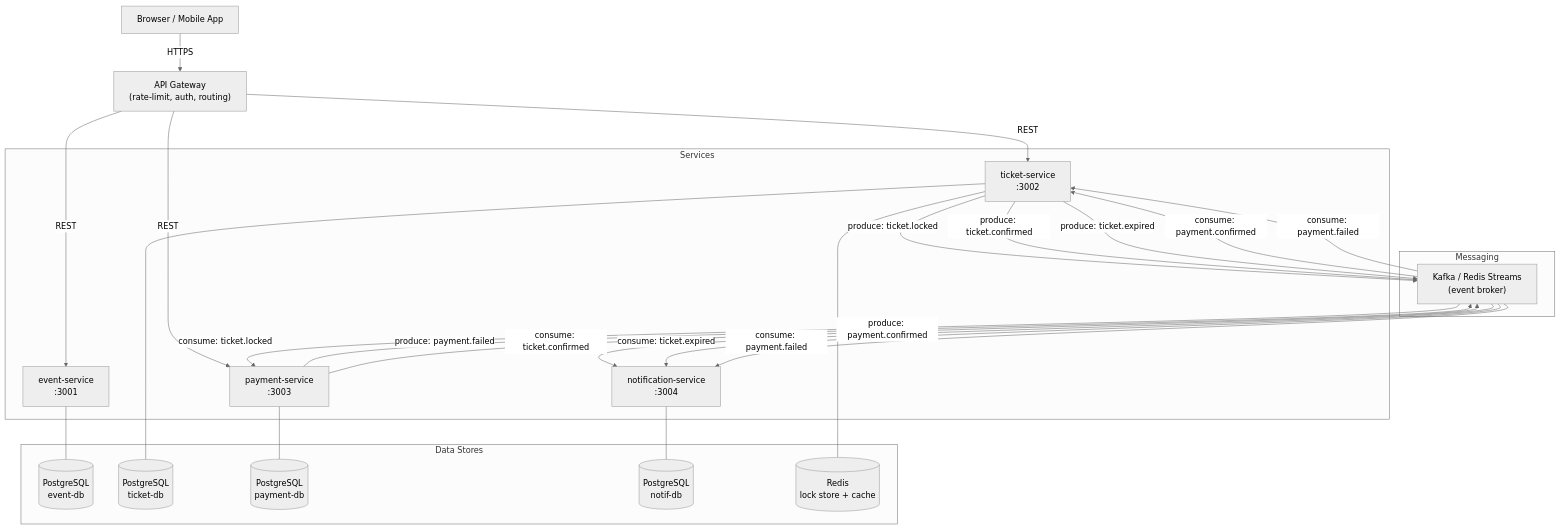
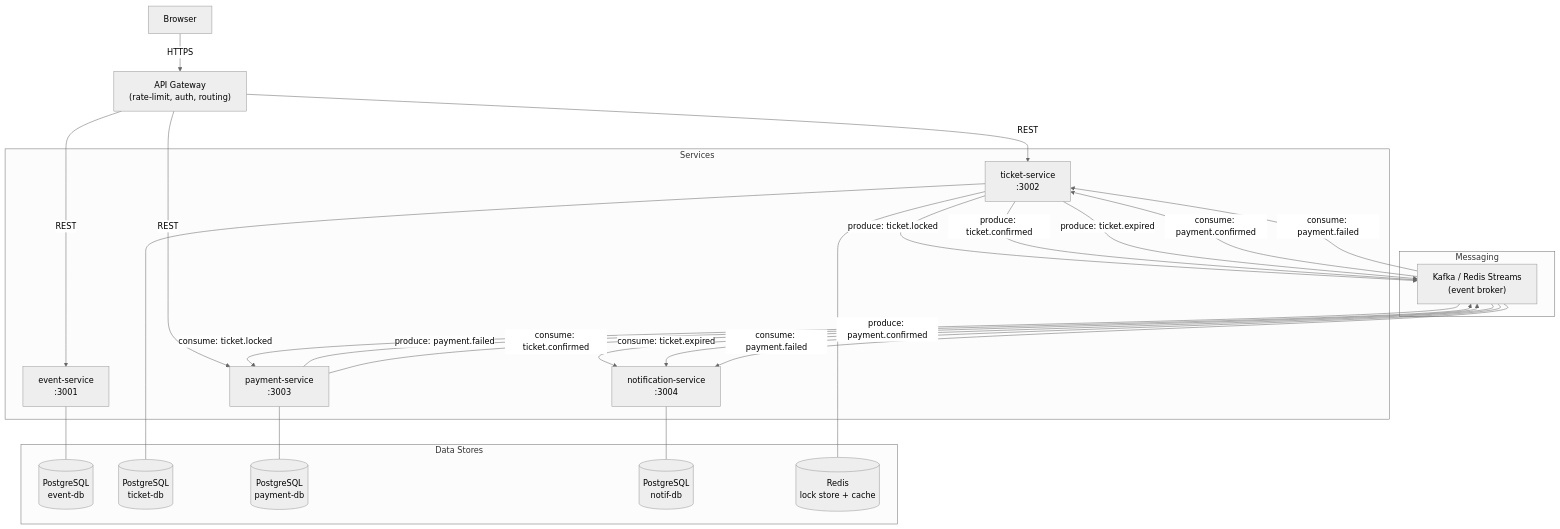
One commit to Jusriadiliwang/Lab-kelompok-05-tiket changed the first of 7 diagrams in docs/arsitektur-war-tiket-konser.md. Above: the diagram before and after it, drawn with Mermaid (neutral theme).

Commit message:
docs: add load-test script, hasil-test, dan panduan-api

````diff
--- a/docs/arsitektur-war-tiket-konser.md
+++ b/docs/arsitektur-war-tiket-konser.md
@@ -29,47 +29,47 @@
 ```mermaid
 graph TD
-    Client["Browser / Mobile App"]
+    Client["Browser"]
     GW["API Gateway\n(rate-limit, auth, routing)"]
 
     subgraph Services
         ES["event-service\n:3001"]
         TS["ticket-service\n:3002"]
         PS["payment-service\n:3003"]
         NS["notification-service\n:3004"]
     end
 
     subgraph Data Stores
         PG_E[("PostgreSQL\nevent-db")]
         PG_T[("PostgreSQL\nticket-db")]
         PG_P[("PostgreSQL\npayment-db")]
         PG_N[("PostgreSQL\nnotif-db")]
         RD[("Redis\nlock store + cache")]
     end
 
     subgraph Messaging
         KF["Kafka / Redis Streams\n(event broker)"]
     end
 
     Client -->|HTTPS| GW
     GW -->|REST| ES
     GW -->|REST| TS
     GW -->|REST| PS
 
     ES --- PG_E
     TS --- PG_T
     TS --- RD
     PS --- PG_P
     NS --- PG_N
 
     TS -->|produce: ticket.locked| KF
     TS -->|produce: ticket.confirmed| KF
     TS -->|produce: ticket.expired| KF
     PS -->|produce: payment.confirmed| KF
     PS -->|produce: payment.failed| KF
     KF -->|consume: ticket.locked| PS
     KF -->|consume: payment.confirmed| TS
     KF -->|consume: payment.failed| TS
     KF -->|consume: ticket.confirmed| NS
     KF -->|consume: ticket.expired| NS
     KF -->|consume: payment.failed| NS
 ```
````
